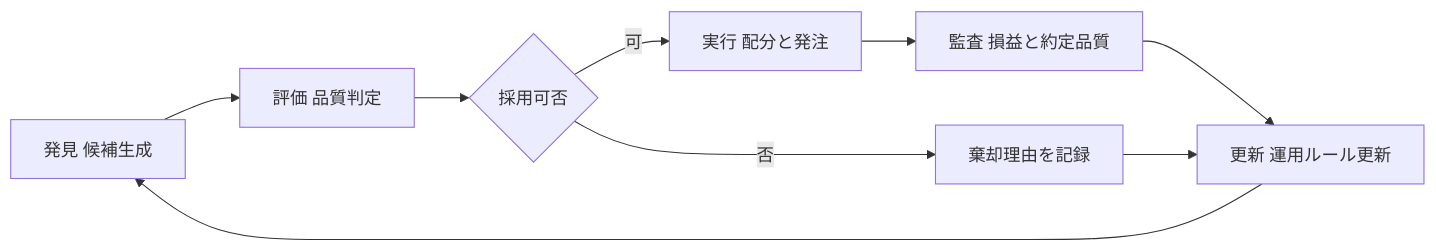
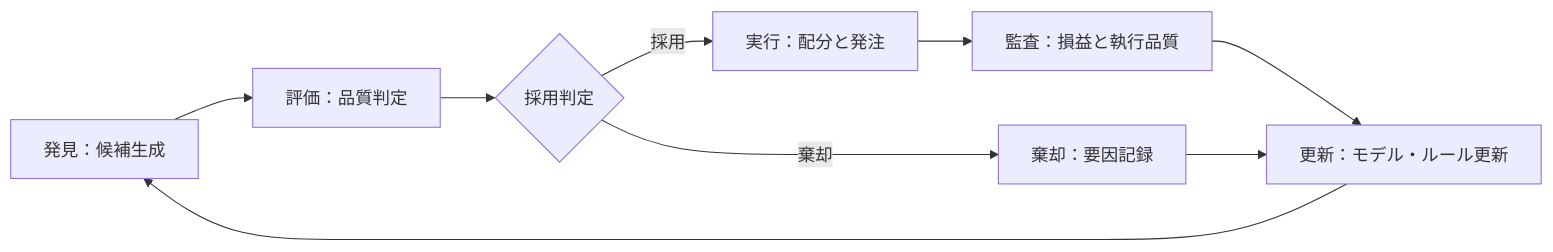
The first of 3 diagrams in docs/specs/frontend.md (KAFKA2306/investor), drawn with Mermaid before and after one commit. The commit also changed other lines of this file and 6 other files, not shown here.

````diff
--- a/docs/specs/frontend.md
+++ b/docs/specs/frontend.md
@@ -25,11 +24,11 @@
 ```mermaid
 flowchart LR
-    発見["発見 候補生成"] --> 評価["評価 品質判定"]
-    評価 --> 判定{"採用可否"}
-    判定 -- 可 --> 実行["実行 配分と発注"]
-    判定 -- 否 --> 棄却["棄却理由を記録"]
-    実行 --> 監査["監査 損益と約定品質"]
-    監査 --> 更新["更新 運用ルール更新"]
-    棄却 --> 更新
+    発見["発見：候補生成"] --> 評価["評価：品質判定"]
+    評価 --> 判定{"採用判定"}
+    判定 -- 採用 --> 実行["実行：配分と発注"]
+    判定 -- 棄却 --> 記録["棄却：要因記録"]
+    実行 --> 監査["監査：損益と執行品質"]
+    監査 --> 更新["更新：モデル・ルール更新"]
+    記録 --> 更新
     更新 --> 発見
 ```
````
